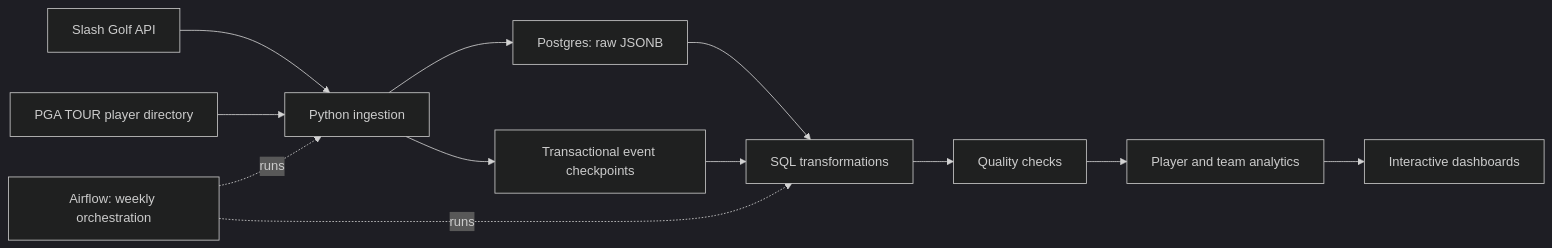
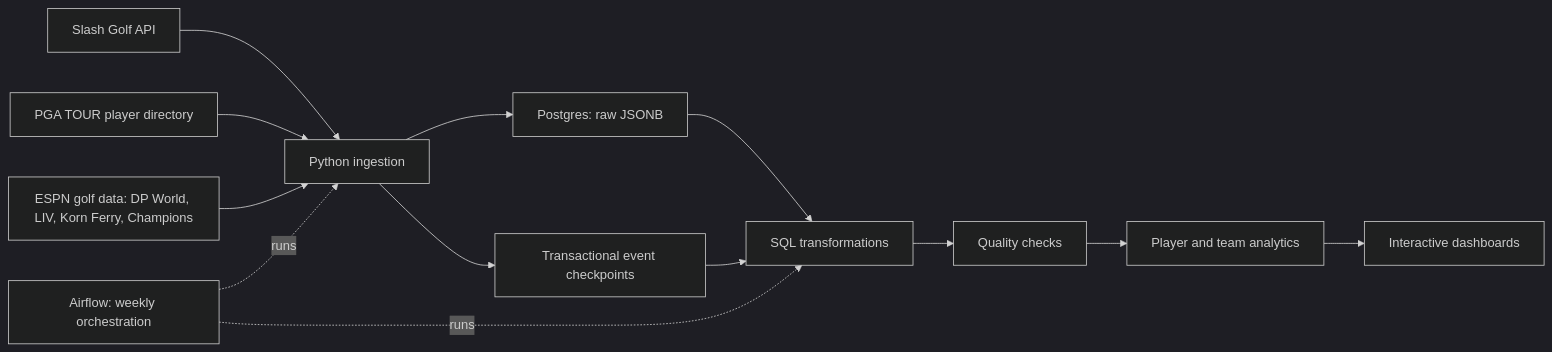
The diagram in README.md (chrisrichnow/golf-de-pipeline), drawn with Mermaid (dark theme) before and after one commit. The commit also changed other lines of this file and 21 other files, not shown here.

First line of the commit message:
Add DP World, LIV, Korn Ferry, and Champions tours, multi-season views, and All-time stats

````diff
--- a/README.md
+++ b/README.md
@@ -33,14 +47,15 @@
 ```mermaid
 flowchart LR
     API[Slash Golf API] --> Python[Python ingestion]
     Directory[PGA TOUR player directory] --> Python
+    ESPN[ESPN golf data: DP World, LIV, Korn Ferry, Champions] --> Python
     Python --> Raw[Postgres: raw JSONB]
     Python --> Ops[Transactional event checkpoints]
     Raw --> SQL[SQL transformations]
     Ops --> SQL
     SQL --> Checks[Quality checks]
     Checks --> Analytics[Player and team analytics]
     Analytics --> UI[Interactive dashboards]
     Airflow[Airflow: weekly orchestration] -. runs .-> Python
     Airflow -. runs .-> SQL
 ```
````
